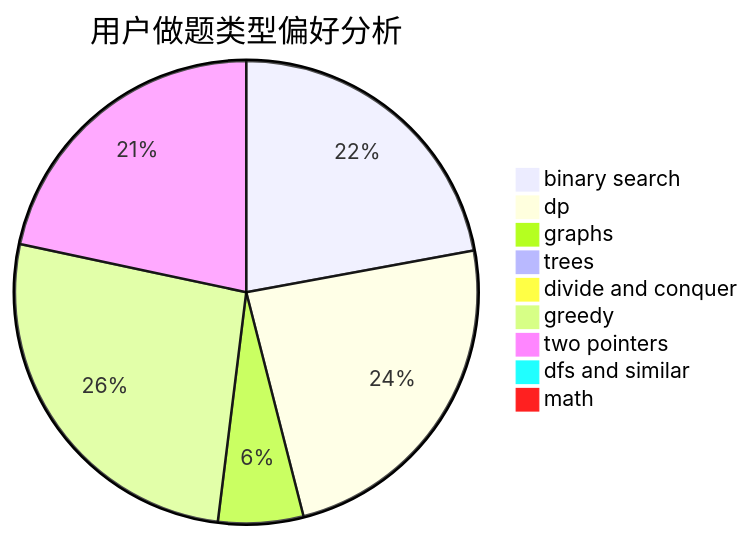
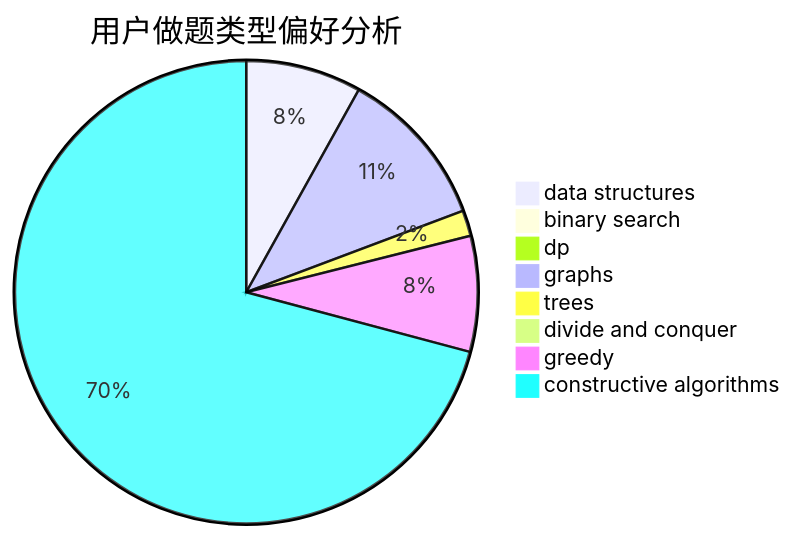
The second of 3 diagrams in docs/user/u1973.md (sherpahu/cfrs.github.io), drawn with Mermaid before and after one commit. The commit also changed other lines of this file and 2775 other files, not shown here.

````diff
--- a/docs/user/u1973.md
+++ b/docs/user/u1973.md
@@ -23,12 +23,11 @@
 ```mermaid
 pie title 用户做题类型偏好分析
-    "binary search" :  197
-    "dp" :  213
-    "graphs" :  53
-    "trees" :  5
+    "data structures" :  18
+    "binary search" :  1
+    "dp" :  1
+    "graphs" :  25
+    "trees" :  4
     "divide and conquer" :  0
-    "greedy" :  235
-    "two pointers" :  193
-    "dfs and similar" :  5
-    "math" :  5
+    "greedy" :  18
+    "constructive algorithms" :  158
 ```
````
